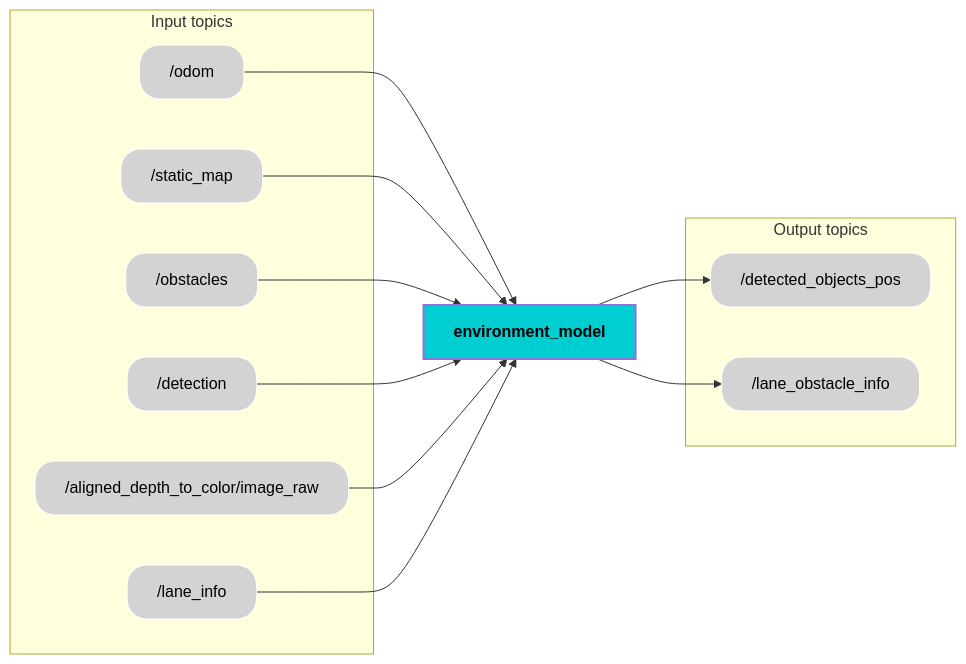
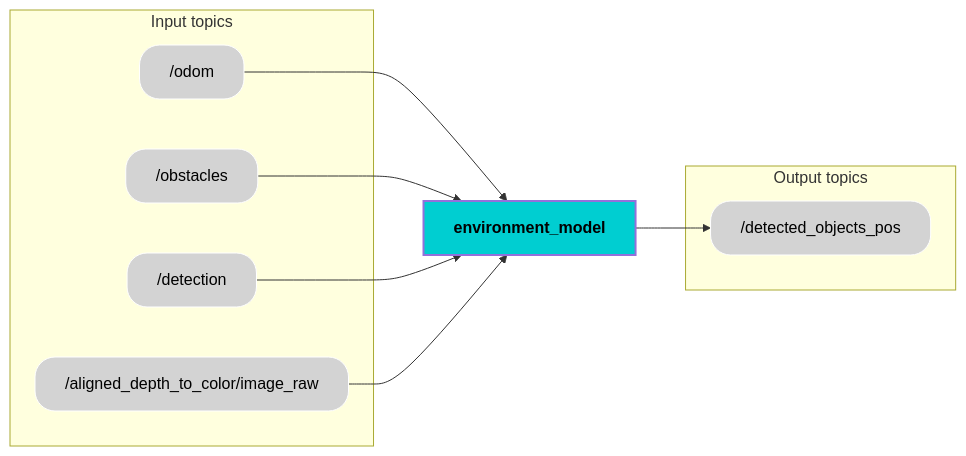
The diagram in README.md (surendrakoganti/environment_model), drawn with Mermaid before and after one commit. The commit also changed other lines of this file, not shown here.

````diff
--- a/README.md
+++ b/README.md
@@ -58,50 +58,44 @@
 ```mermaid
 graph LR
     subgraph Input topics
         EVSEAL["/odom"]:::grayEllipse
-        MS["/static_map"]:::grayEllipse
         OD["/obstacles"]:::grayEllipse
         ODM["/detection"]:::grayEllipse
-        LD["/lane_info"]:::grayEllipse
         D["/aligned_depth_to_color/image_raw"]:::grayEllipse
         
         
     end
 
     EM["environment_model"]:::cyanEllipse
 
     EVSEAL --> EM
-    MS --> EM
     OD --> EM
     ODM --> EM
     D --> EM
-    LD --> EM
     EM --> DOP
-    EM --> LOI
 
     subgraph Output topics
         DOP["/detected_objects_pos"]:::grayEllipse
-        LOI["/lane_obstacle_info"]:::grayEllipse
     end
 
     %% Ellipse shape class
     classDef soft_rectangle stroke:#FFFFFF,rx:20,ry:20;
     classDef component font-weight:bold,stroke-width:2px;
 
     %% Cyan for path planner
     classDef cyanEllipse fill:#00CED1, color:#000000;
 
     %% Gray for others
     classDef grayEllipse fill:#D3D3D3, color:#000000;
 
     %% Apply ellipse shape to each node
     class EVSEAL soft_rectangle;
     class MS soft_rectangle;
     class OD soft_rectangle;
     class ODM soft_rectangle;
     class LD soft_rectangle;
     class D soft_rectangle;
     class DOP soft_rectangle;
     class LOI soft_rectangle;
     class EM component;
 ```
````
